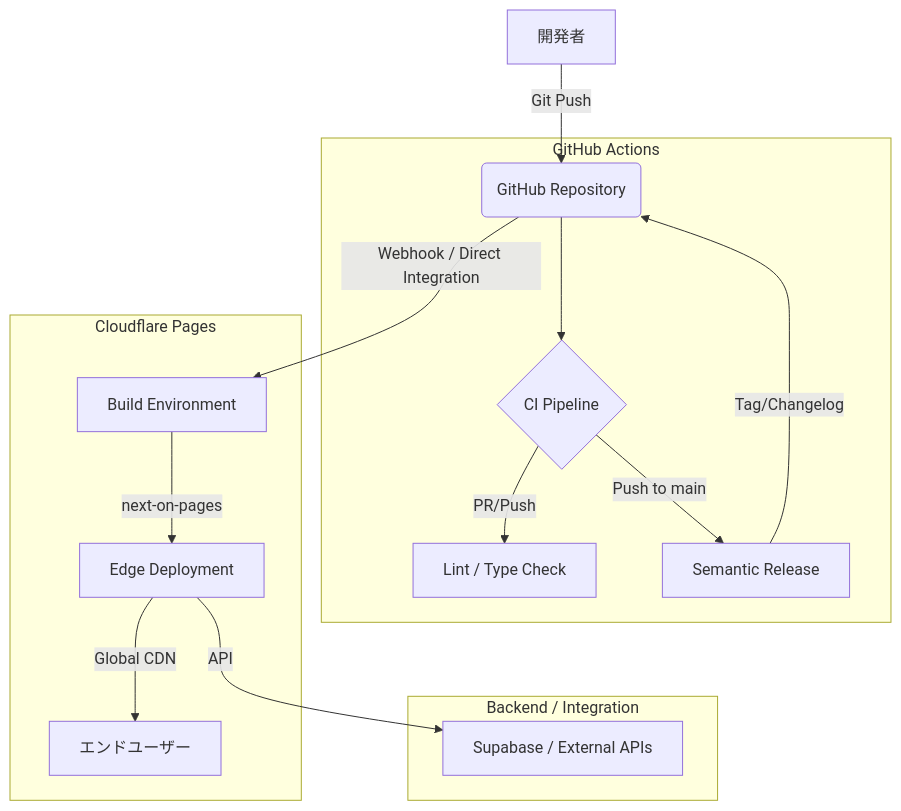
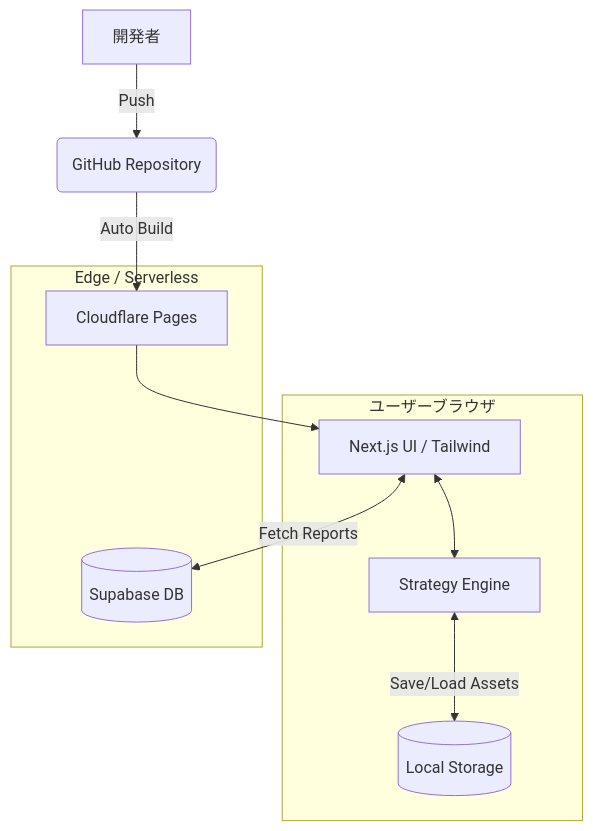
One commit to ayato-labs/ayato-studio-portal changed the diagram in docs/アーキテクチャ.md. Above: the diagram before and after it, drawn with Mermaid. The commit also changed other lines of this file and 1 other file, not shown here.

Commit message:
docs: update conceptual requirements and architecture for portfolio strategist

````diff
--- a/docs/アーキテクチャ.md
+++ b/docs/アーキテクチャ.md
@@ -11,21 +9,21 @@
 ```mermaid
 graph TD
-    A[開発者] -->|Git Push| B(GitHub Repository)
-    
-    subgraph GitHub Actions
-        B --> C{CI Pipeline}
-        C -->|PR/Push| D[Lint / Type Check]
-        C -->|Push to main| E[Semantic Release]
-        E -->|Tag/Changelog| B
+    subgraph Client [ユーザーブラウザ]
+        UI[Next.js UI / Tailwind]
+        Logic[Strategy Engine]
+        DB_Local[(Local Storage)]
     end
 
-    subgraph Cloudflare Pages
-        B -->|Webhook / Direct Integration| F[Build Environment]
-        F -->|next-on-pages| G[Edge Deployment]
-        G -->|Global CDN| H[エンドユーザー]
+    subgraph Cloud [Edge / Serverless]
+        CF[Cloudflare Pages]
+        Supabase[(Supabase DB)]
     end
 
-    subgraph Backend / Integration
-        G -->|API| I[Supabase / External APIs]
-    end
+    A[開発者] -->|Push| GitHub(GitHub Repository)
+    GitHub -->|Auto Build| CF
+    CF --> UI
+    
+    UI <-->|Fetch Reports| Supabase
+    UI <--> Logic
+    Logic <-->|Save/Load Assets| DB_Local
 ```
````
